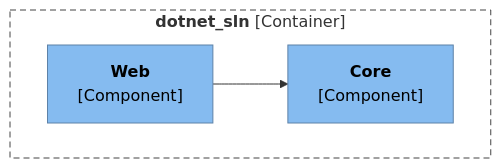
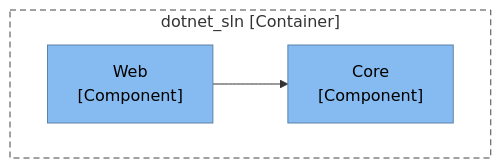
The second of 3 diagrams in tests/golden/dotnet_sln/output/ArchitectureReport.md (ythalorossy/architecture-skills), drawn with Mermaid before and after one commit. The commit also changed other lines of this file and 51 other files, not shown here.

First line of the commit message:
fix(render): plain diagram labels keep the characters in code names

````diff
--- a/tests/golden/dotnet_sln/output/ArchitectureReport.md
+++ b/tests/golden/dotnet_sln/output/ArchitectureReport.md
@@ -53,18 +52,16 @@
 ```mermaid
 flowchart TB
-    subgraph boundary["`**dotnet_sln** [Container]`"]
-        Core["`**Core**
-[Component]`"]
-        Web["`**Web**
-[Component]`"]
+    subgraph boundary["dotnet_sln [Container]"]
+        Core["Core<br/>[Component]"]
+        Web["Web<br/>[Component]"]
     end
     Web --> Core
     classDef person fill:#08427b,stroke:#052e56,color:#ffffff
     classDef container fill:#1168bd,stroke:#0b4884,color:#ffffff
     classDef system fill:#1168bd,stroke:#0b4884,color:#ffffff
     classDef component fill:#85bbf0,stroke:#5d82a8,color:#000000
     classDef external fill:#999999,stroke:#6b6b6b,color:#ffffff
     classDef shared fill:#dbe9f6,stroke:#5d82a8,color:#000000,stroke-dasharray:4 3
     class Core,Web component
     style boundary fill:none,stroke:#444444,stroke-dasharray:6 4
 ```
````
